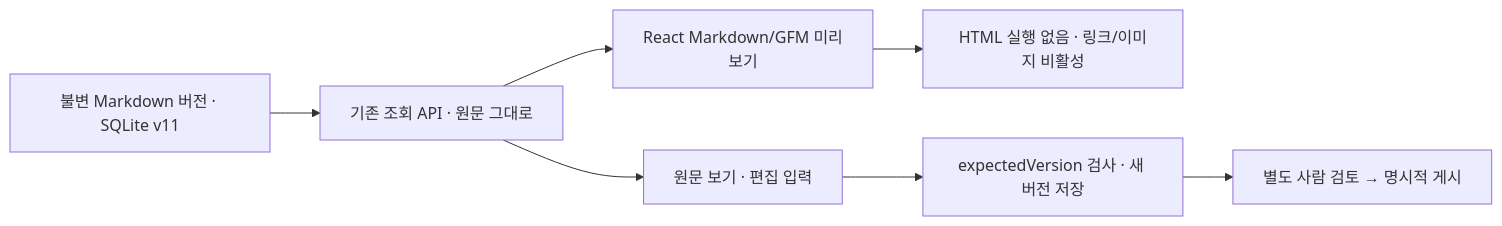
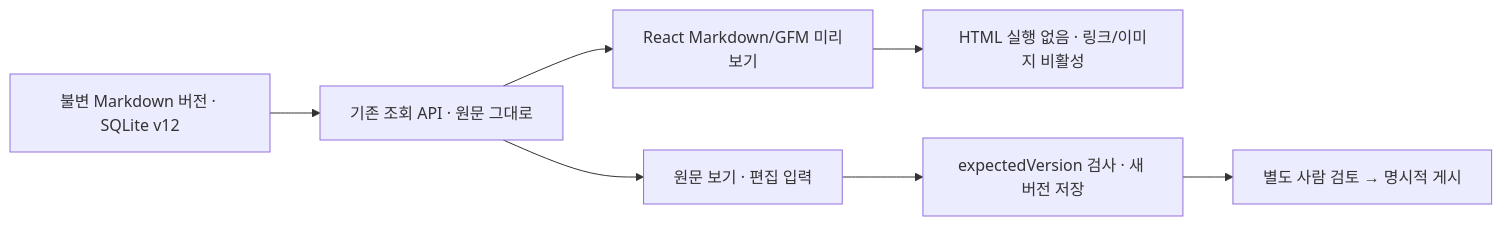
One commit to thisisnew/dougle changed the seventh of 7 diagrams in docs/design-map.md. Above: the diagram before and after it, drawn with Mermaid. The commit also changed other lines of this file and 28 other files, not shown here.

````diff
--- a/docs/design-map.md
+++ b/docs/design-map.md
@@ -260,9 +260,9 @@
 ```mermaid
 flowchart LR
-  Version["불변 Markdown 버전 · SQLite v11"] --> API["기존 조회 API · 원문 그대로"]
+  Version["불변 Markdown 버전 · SQLite v12"] --> API["기존 조회 API · 원문 그대로"]
   API --> Preview["React Markdown/GFM 미리보기"]
   API --> Raw["원문 보기 · 편집 입력"]
   Preview --> Safe["HTML 실행 없음 · 링크/이미지 비활성"]
   Raw --> Save["expectedVersion 검사 · 새 버전 저장"]
   Save --> Review["별도 사람 검토 → 명시적 게시"]
 ```
````
